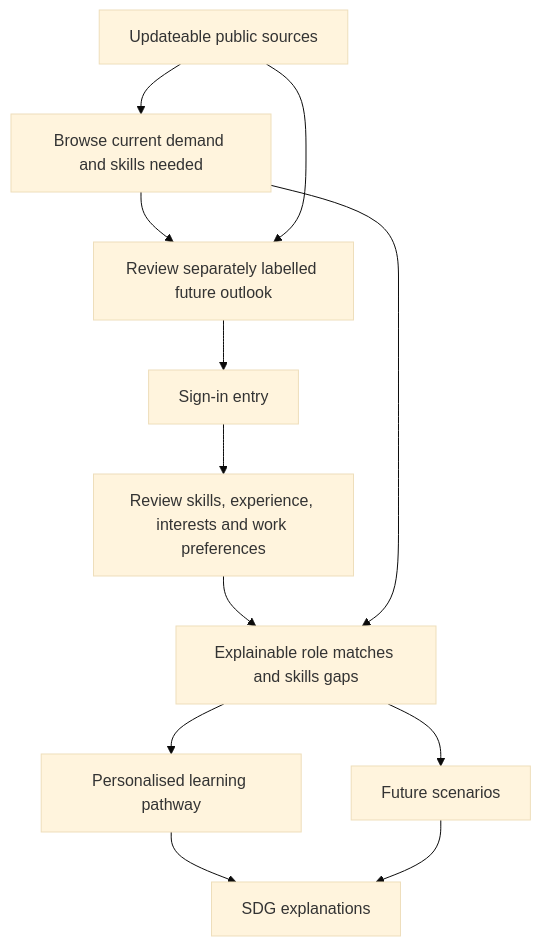
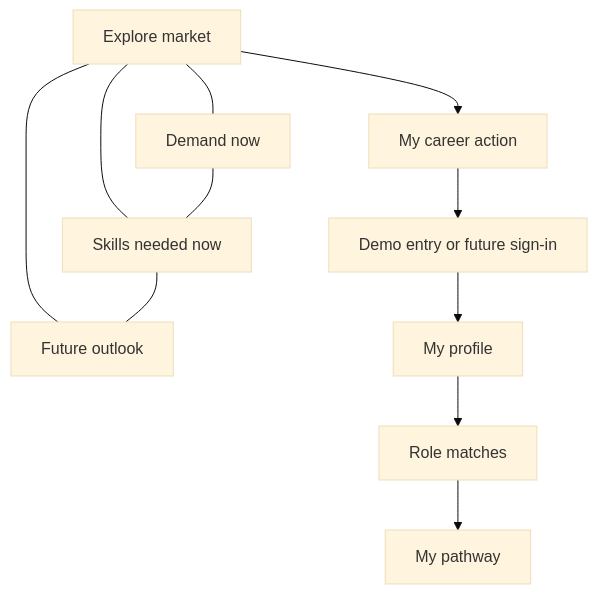
One commit to kairos8232/TomorrowWorks changed the diagram in README.md. Above: the diagram before and after it, drawn with Mermaid (base theme). The commit also changed other lines of this file and 3 other files, not shown here.

````diff
--- a/README.md
+++ b/README.md
@@ -41,14 +41,13 @@
 ```mermaid
 flowchart TD
-    A[Browse current demand and skills needed] --> B[Review separately labelled future outlook]
-    C[Updateable public sources] --> A
-    C --> B
-    B --> D[Sign-in entry]
-    D --> E[Review skills, experience, interests and work preferences]
-    E --> F[Explainable role matches and skills gaps]
-    A --> F
-    F --> G[Personalised learning pathway]
-    F --> H[Future scenarios]
-    G --> I[SDG explanations]
-    H --> I
+    A[Explore market] --- B[Demand now]
+    A --- C[Skills needed now]
+    A --- D[Future outlook]
+    B --- C
+    C --- D
+    A --> E[My career action]
+    E --> F[Demo entry or future sign-in]
+    F --> G[My profile]
+    G --> H[Role matches]
+    H --> I[My pathway]
 ```
````
